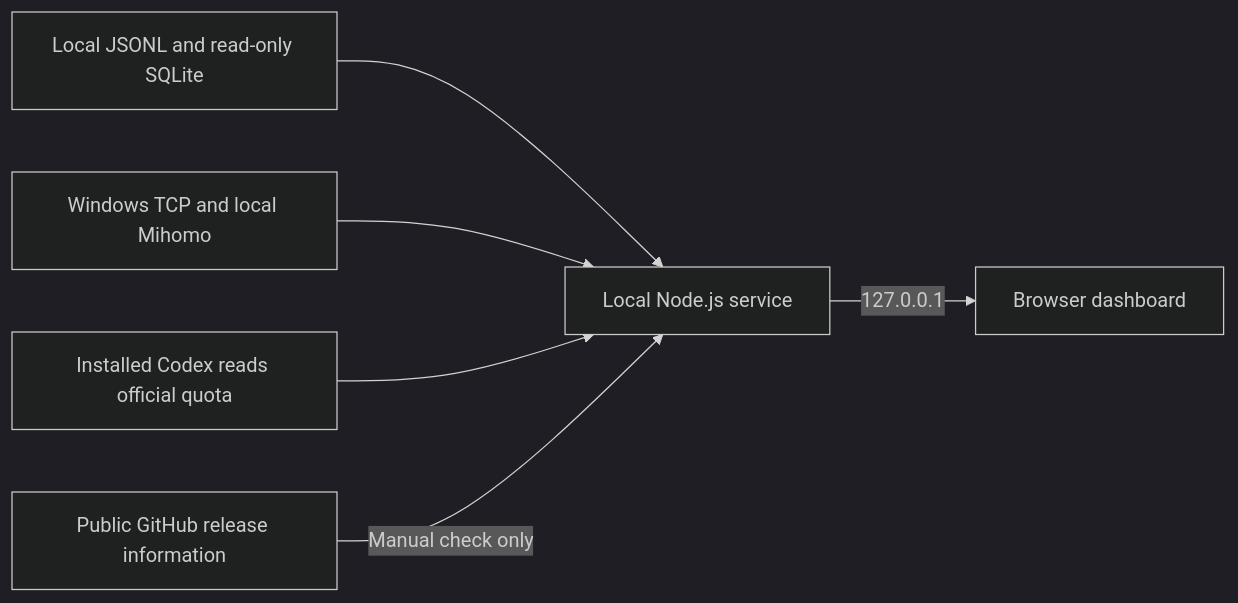
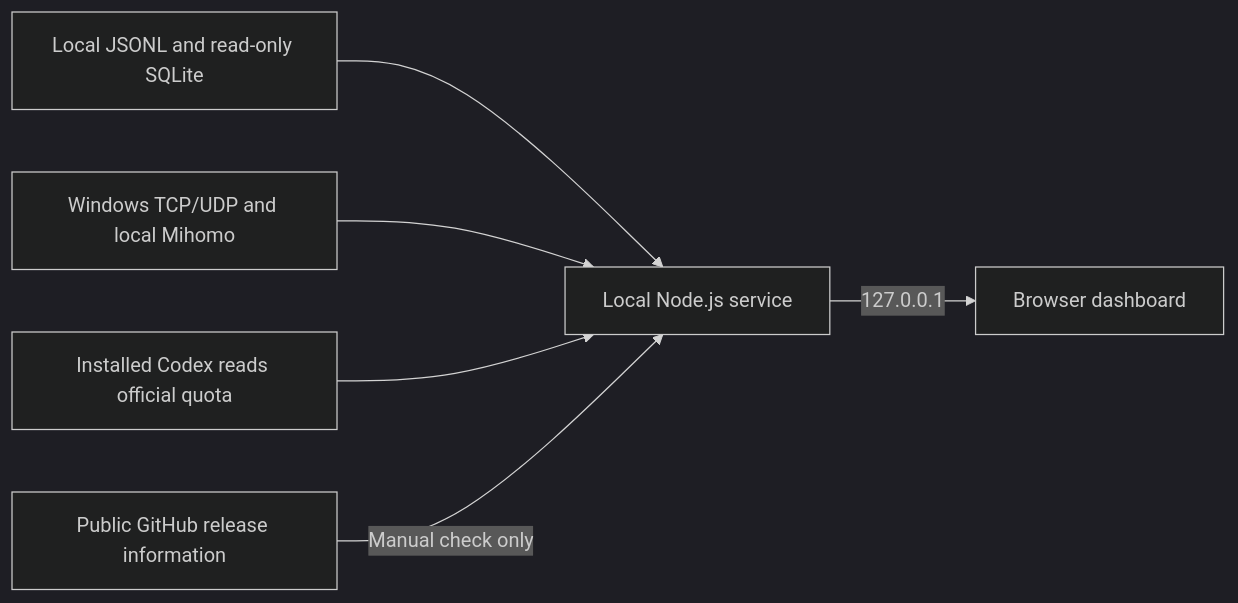
The diagram in README.md (ClencyX/codex-runtime-monitor), drawn with Mermaid (dark theme) before and after one commit. The commit also changed other lines of this file and 40 other files, not shown here.

````diff
--- a/README.md
+++ b/README.md
@@ -148,8 +152,8 @@
 ```mermaid
 flowchart LR
     A[Local JSONL and read-only SQLite] --> D[Local Node.js service]
-    B[Windows TCP and local Mihomo] --> D
+    B[Windows TCP/UDP and local Mihomo] --> D
     C[Installed Codex reads official quota] --> D
     G[Public GitHub release information] -->|Manual check only| D
     D -->|127.0.0.1| E[Browser dashboard]
 ```
````
